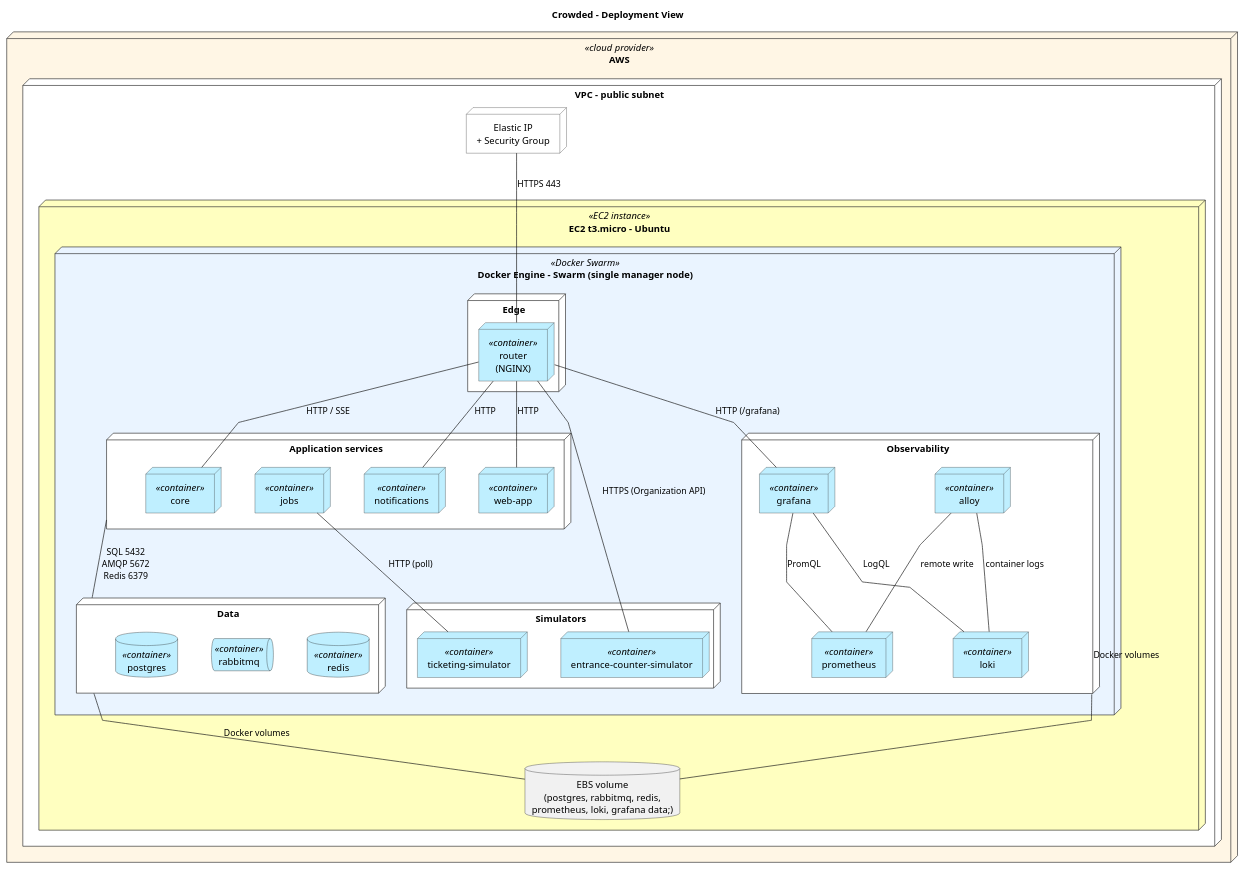
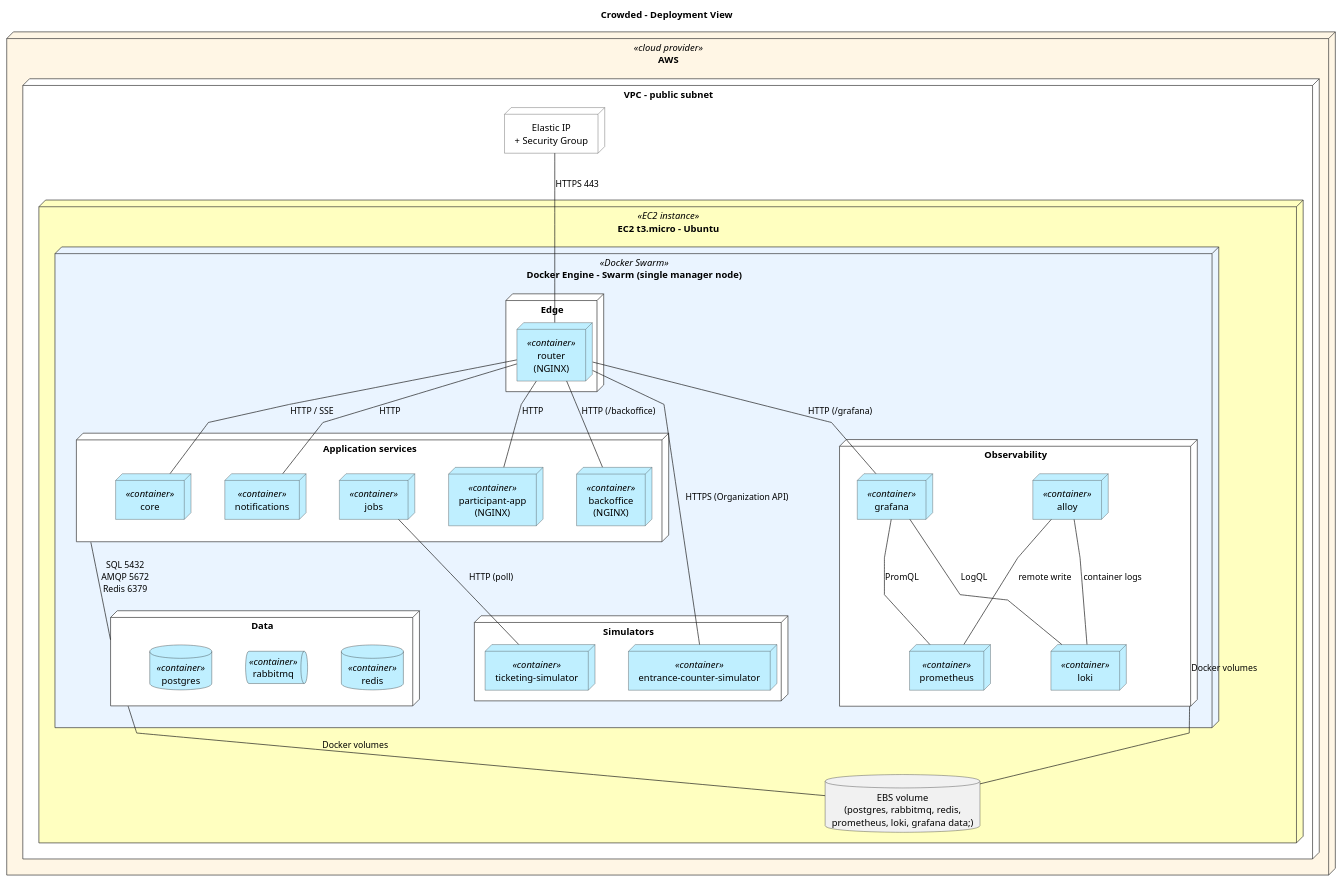
One commit to andrereis26/crowded-labdsof changed the diagram in docs/deliverables/diagrams/deployment-view.puml. Above: the diagram before and after it, drawn with PlantUML. The commit also changed 5 other files, not shown here.

```diff
--- a/docs/deliverables/diagrams/deployment-view.puml
+++ b/docs/deliverables/diagrams/deployment-view.puml
@@ -1,108 +1,110 @@
 @startuml deployment-view
 ' Crowded - Deployment View
 ' One EC2 instance running a single-node Docker Swarm, provisioned with Terraform.
 ' Shows only Crowded's own runtime; external systems are in the logical view.
 ' Sources: logical-view-level-2.puml, requirements.md (NFR-010..NFR-016, SR-008)
 
 title Crowded - Deployment View
 
 skinparam shadowing false
 skinparam linetype polyline
 skinparam nodesep 50
 skinparam ranksep 70
 skinparam defaultTextAlignment center
 
 skinparam node {
   BackgroundColor #FFFFFF
   BorderColor #333333
   BackgroundColor<<cloud provider>> #FFF6E5
   BackgroundColor<<EC2 instance>> #FFFFC0
   BackgroundColor<<Docker Swarm>> #EAF4FF
   BackgroundColor<<container>> #BFEFFF
 }
 skinparam database {
   BackgroundColor<<container>> #BFEFFF
 }
 skinparam queue {
   BackgroundColor<<container>> #BFEFFF
 }
 
 ' ---------------------------------------------------------------------
 ' AWS
 ' ---------------------------------------------------------------------
 node "AWS" <<cloud provider>> as AWS {
 
   node "VPC - public subnet" as VPC {
 
     node "Elastic IP\n+ Security Group" as EIP
 
     node "EC2 t3.micro - Ubuntu" <<EC2 instance>> as EC2 {
 
       node "Docker Engine - Swarm (single manager node)" <<Docker Swarm>> as Swarm {
 
         node "Edge" as EdgeGroup {
           node "router\n(NGINX)" <<container>> as Nginx
         }
 
         node "Application services" as AppGroup {
           node "core" <<container>> as Core
           node "notifications" <<container>> as Notifications
           node "jobs" <<container>> as Jobs
-          node "web-app" <<container>> as WebApp
+          node "participant-app\n(NGINX)" <<container>> as ParticipantApp
+          node "backoffice\n(NGINX)" <<container>> as Backoffice
         }
 
         node "Simulators" as SimGroup {
           node "ticketing-simulator" <<container>> as TicketingSim
           node "entrance-counter-simulator" <<container>> as CounterSim
         }
 
         node "Data" as DataGroup {
           database "postgres" <<container>> as Postgres
           queue "rabbitmq" <<container>> as RabbitMQ
           database "redis" <<container>> as Redis
         }
 
         node "Observability" as ObsGroup {
           node "prometheus" <<container>> as Prometheus
           node "loki" <<container>> as Loki
           node "alloy" <<container>> as Alloy
           node "grafana" <<container>> as Grafana
         }
       }
 
       database "EBS volume\n(postgres, rabbitmq, redis,\nprometheus, loki, grafana data;)" as EBS
     }
   }
 }
 
 ' ---------------------------------------------------------------------
 ' Runtime communication
 ' Group-level links keep the view readable; which service uses which
 ' store is shown in the logical view.
 ' ---------------------------------------------------------------------
 EIP -down- Nginx : HTTPS 443
 
 Nginx -down- Core : HTTP / SSE
 Nginx -down- Notifications : HTTP
-Nginx -down- WebApp : HTTP
+Nginx -down- ParticipantApp : HTTP
+Nginx -down- Backoffice : HTTP (/backoffice)
 Nginx -down- Grafana : HTTP (/grafana)
 
 AppGroup -down- DataGroup : SQL 5432\nAMQP 5672\nRedis 6379
 Jobs -down- TicketingSim : HTTP (poll)
 Nginx -down-- CounterSim : HTTPS (Organization API)
 
 ' --- Observability
 Grafana -down- Prometheus : PromQL
 Grafana -down- Loki : LogQL
 Alloy -down- Loki : container logs
 Alloy -down- Prometheus : remote write
 
 ' --- Layout: data stores side by side
 Postgres -[hidden]right- RabbitMQ
 RabbitMQ -[hidden]right- Redis
 
 ' --- Storage
 DataGroup -down- EBS : Docker volumes
 ObsGroup -down- EBS : Docker volumes
 
 @enduml
```
